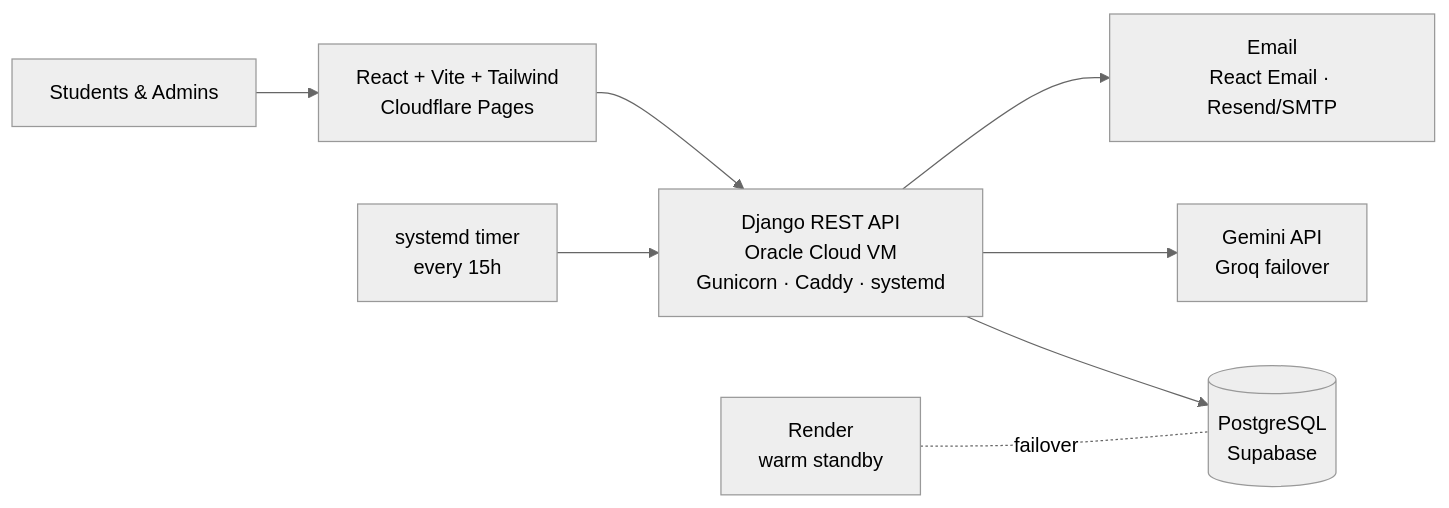
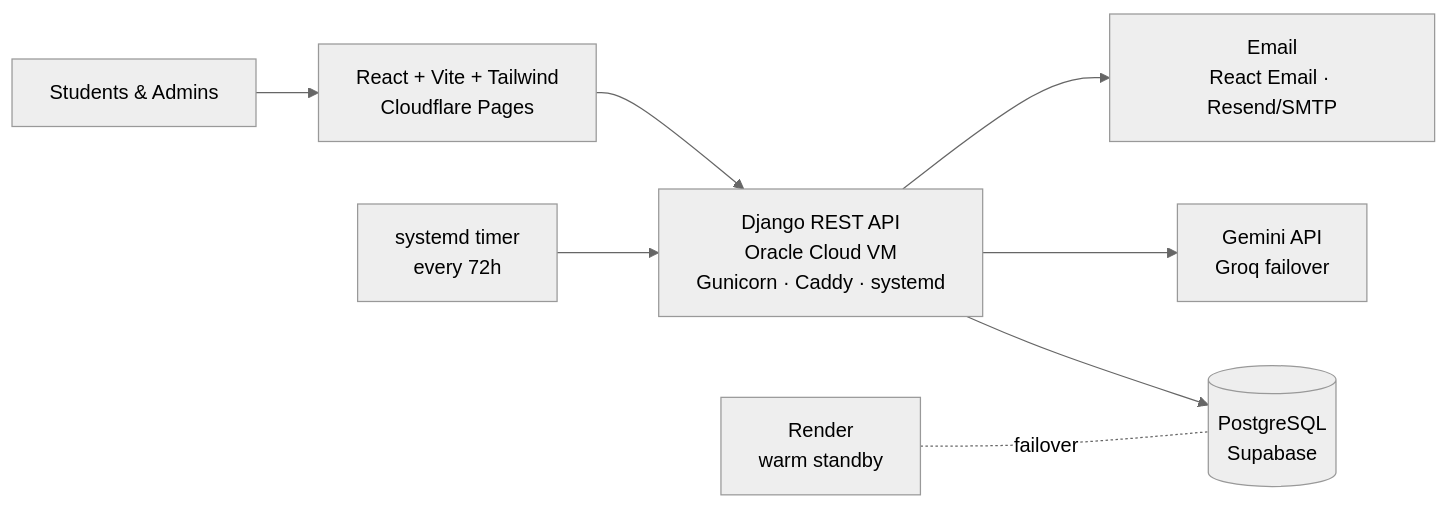
Before and after one commit to FOFANA459-2023/myScholy: the diagram in README.md, drawn with Mermaid (neutral theme). The commit also changed other lines of this file and 24 other files, not shown here.

````diff
--- a/README.md
+++ b/README.md
@@ -30,10 +30,10 @@
 ```mermaid
 graph LR
     U[Students & Admins] --> CF[React + Vite + Tailwind<br/>Cloudflare Pages]
     CF --> API[Django REST API<br/>Oracle Cloud VM<br/>Gunicorn · Caddy · systemd]
     API --> DB[(PostgreSQL<br/>Supabase)]
     API --> AI[Gemini API<br/>Groq failover]
     API --> MAIL[Email<br/>React Email · Resend/SMTP]
-    T[systemd timer<br/>every 15h] --> API
+    T[systemd timer<br/>every 72h] --> API
     R[Render<br/>warm standby] -.failover.- DB
 ```
````
